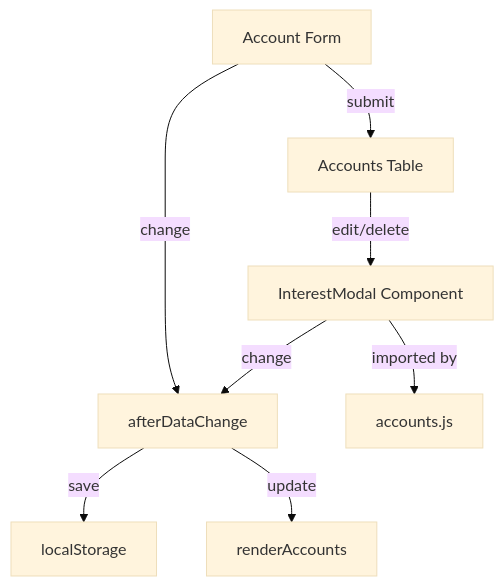
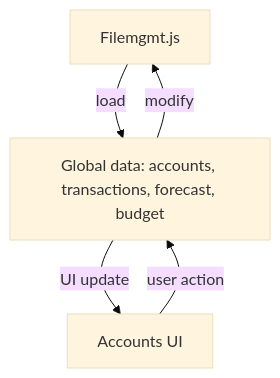
The diagram in Documentation/accounts.md (BicycleJeanre/ftrack), drawn with Mermaid (base theme) before and after one commit. The commit also changed other lines of this file and 14 other files, not shown here.

First line of the commit message:
docs: update and clean documentation for unified file-based data storage

````diff
--- a/Documentation/accounts.md
+++ b/Documentation/accounts.md
@@ -20,9 +19,7 @@
 ```mermaid
 flowchart TD
-  Form[Account Form] -->|submit| Table[Accounts Table]
-  Table -->|edit/delete| Modal[InterestModal Component]
-  Form & Modal -->|change| afterDataChange
-  afterDataChange -->|save| localStorage
-  afterDataChange -->|update| renderAccounts
-  Modal -->|imported by| AccountsJS[accounts.js]
+  Filemgmt[Filemgmt.js] -->|load| AppData[Global data: accounts, transactions, forecast, budget]
+  AppData -->|modify| Filemgmt
+  AppData -->|UI update| AccountsPage[Accounts UI]
+  AccountsPage -->|user action| AppData
 ```
````
